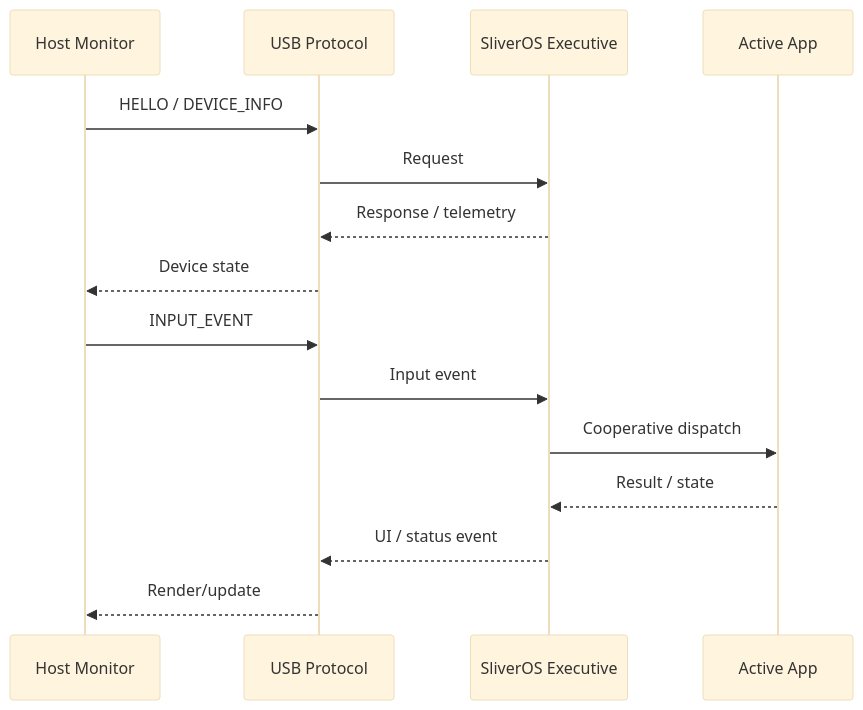
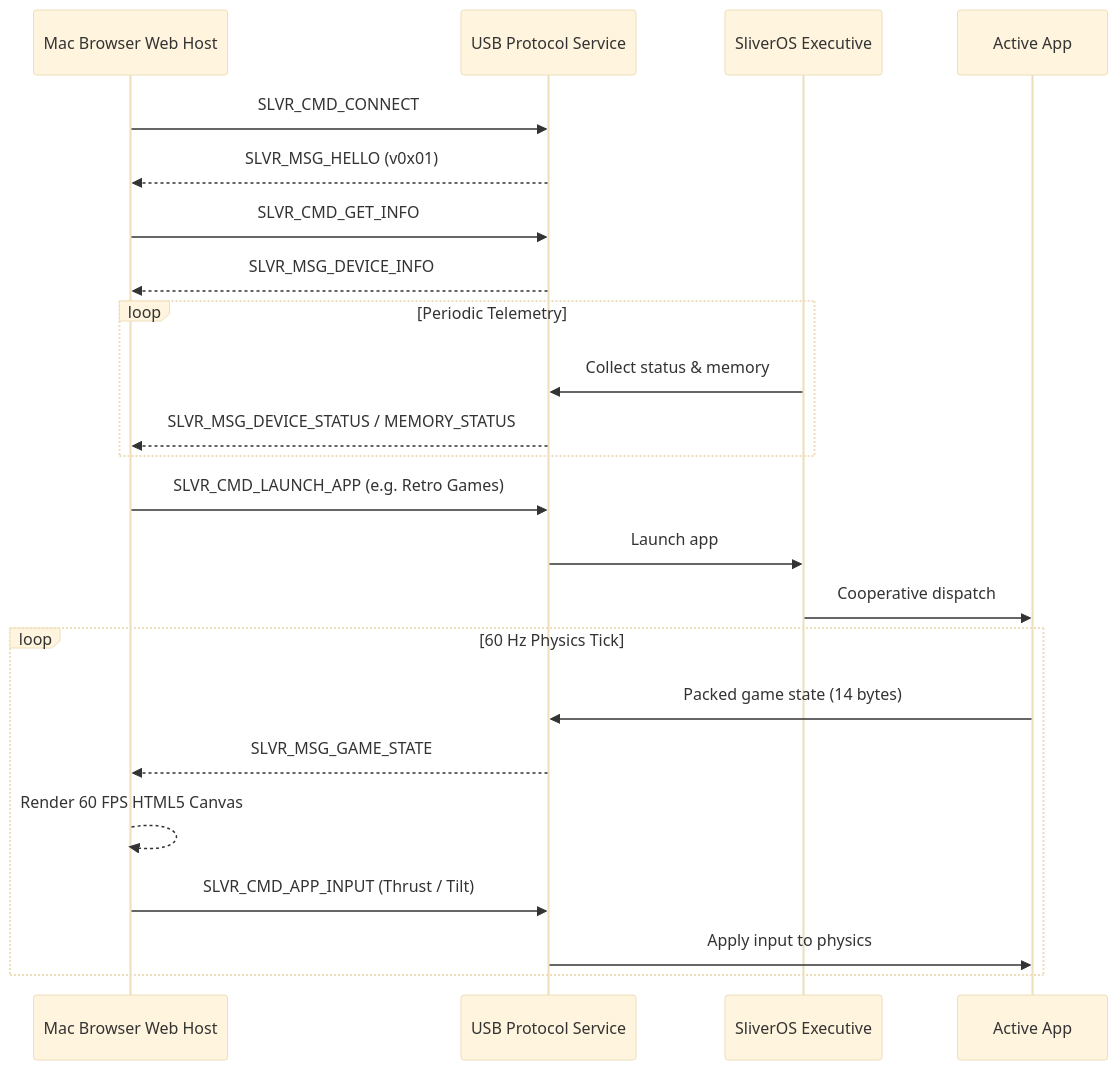
Before and after one commit to bishwajit5788/SliverOS: the second of 2 diagrams in docs/SYSTEM_DESIGN.md, drawn with Mermaid (base theme). The commit also changed other lines of this file, not shown here.

Commit message:
docs: align SYSTEM_DESIGN.md with zero-physical-display Mac Web Host architecture

````diff
--- a/docs/SYSTEM_DESIGN.md
+++ b/docs/SYSTEM_DESIGN.md
@@ -57,18 +53,26 @@
 ```mermaid
 sequenceDiagram
-    participant H as Host Monitor
-    participant U as USB Protocol
+    participant B as Mac Browser Web Host
+    participant U as USB Protocol Service
     participant K as SliverOS Executive
     participant A as Active App
 
-    H->>U: HELLO / DEVICE_INFO
-    U->>K: Request
-    K-->>U: Response / telemetry
-    U-->>H: Device state
-    H->>U: INPUT_EVENT
-    U->>K: Input event
+    B->>U: SLVR_CMD_CONNECT
+    U-->>B: SLVR_MSG_HELLO (v0x01)
+    B->>U: SLVR_CMD_GET_INFO
+    U-->>B: SLVR_MSG_DEVICE_INFO
+    loop Periodic Telemetry
+        K->>U: Collect status & memory
+        U-->>B: SLVR_MSG_DEVICE_STATUS / MEMORY_STATUS
+    end
+    B->>U: SLVR_CMD_LAUNCH_APP (e.g. Retro Games)
+    U->>K: Launch app
     K->>A: Cooperative dispatch
-    A-->>K: Result / state
-    K-->>U: UI / status event
-    U-->>H: Render/update
+    loop 60 Hz Physics Tick
+        A->>U: Packed game state (14 bytes)
+        U-->>B: SLVR_MSG_GAME_STATE
+        B-->>B: Render 60 FPS HTML5 Canvas
+        B->>U: SLVR_CMD_APP_INPUT (Thrust / Tilt)
+        U->>A: Apply input to physics
+    end
 ```
````
